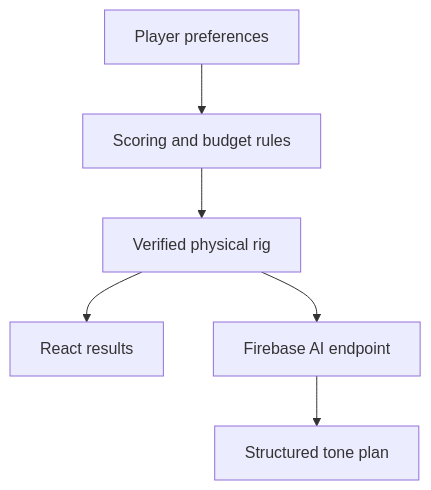
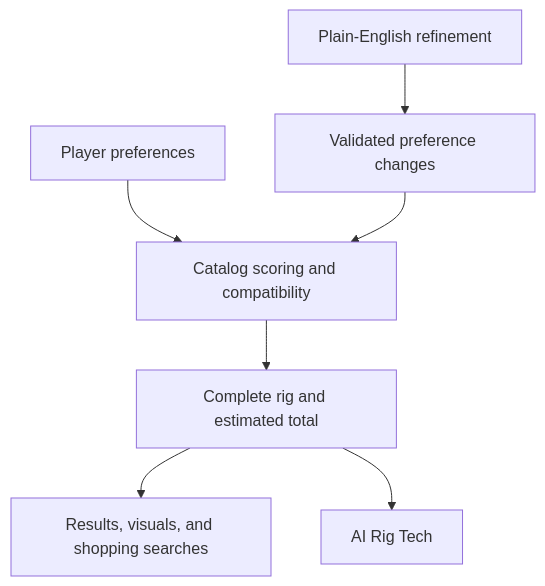
Before and after one commit to ChristianBarajas/brutal-rig: the diagram in README.md, drawn with Mermaid. The commit also changed other lines of this file, not shown here.

Commit message:
Finalize Brutal Rig product README

````diff
--- a/README.md
+++ b/README.md
@@ -47,8 +40,9 @@
 ```mermaid
 flowchart TD
-    A[Player preferences] --> B[Scoring and budget rules]
-    B --> C[Verified physical rig]
-    C --> D[React results]
-    C --> E[Firebase AI endpoint]
-    E --> F[Structured tone plan]
+    A["Player preferences"] --> B["Catalog scoring and compatibility"]
+    B --> C["Complete rig and estimated total"]
+    C --> D["Results, visuals, and shopping searches"]
+    C --> E["AI Rig Tech"]
+    F["Plain-English refinement"] --> G["Validated preference changes"]
+    G --> B
 ```
````
